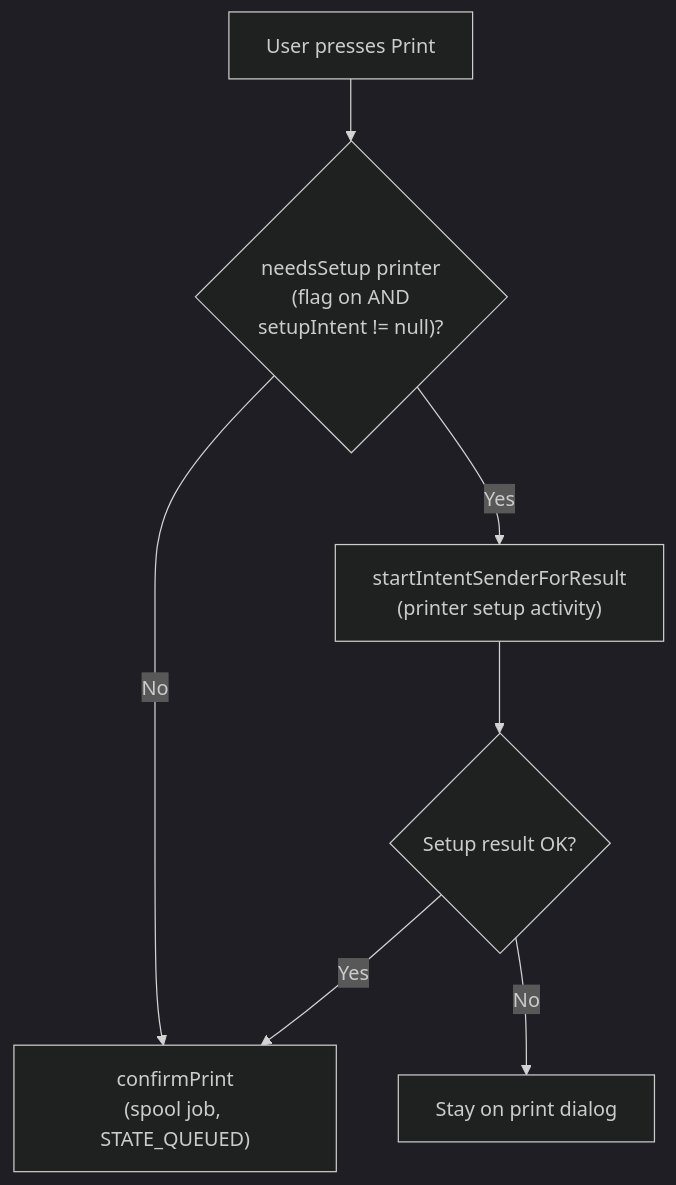
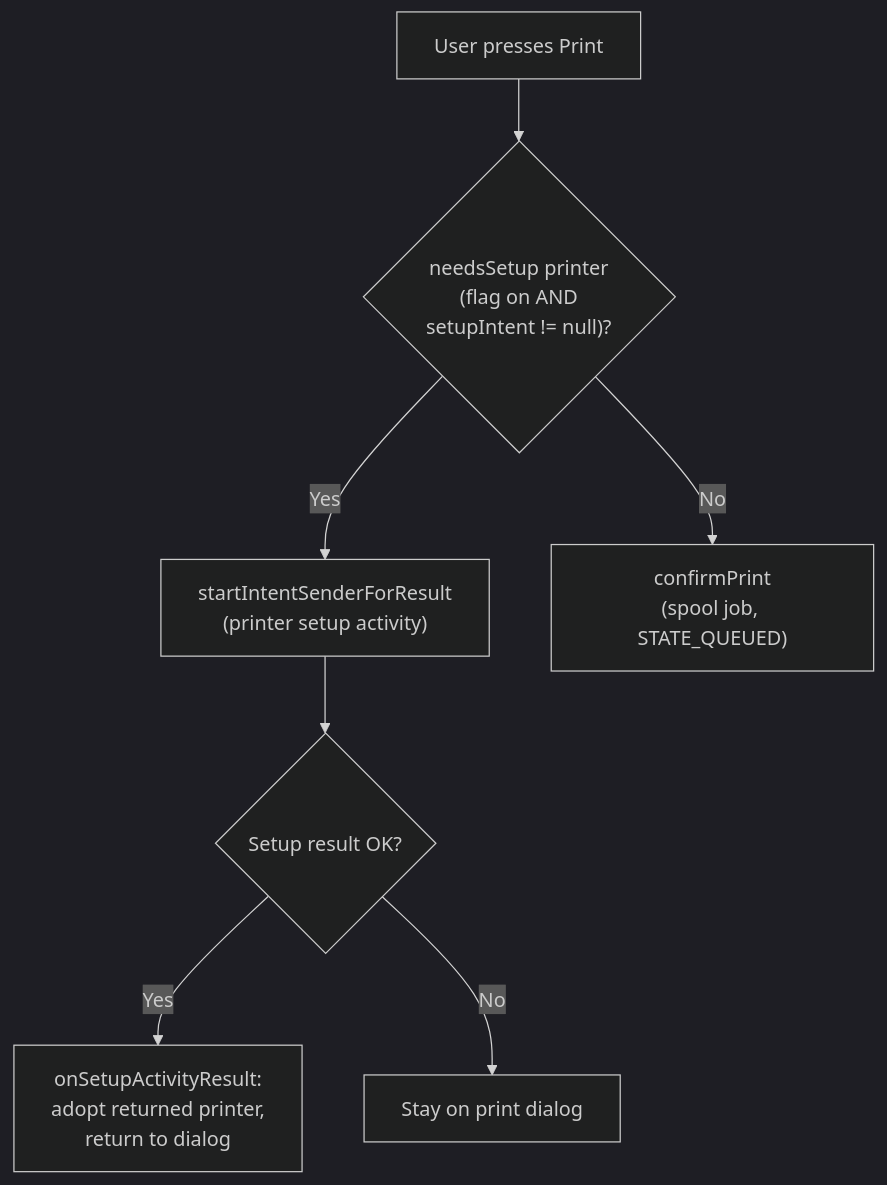
One commit to aospbooks/aosp-internal-book changed diagram 15 of 15 in agents/claude/skills/aosp-device-support/63-print-services.md. Above: the diagram before and after it, drawn with Mermaid (dark theme). The commit also changed other lines of this file and 218 other files, not shown here.

````diff
--- a/agents/claude/skills/aosp-device-support/63-print-services.md
+++ b/agents/claude/skills/aosp-device-support/63-print-services.md
@@ -1649,16 +1671,17 @@
 ```mermaid
 flowchart TB
     PRESS["User presses Print"]
     NEEDS{"needsSetup printer<br/>(flag on AND<br/>setupIntent != null)?"}
     LAUNCH["startIntentSenderForResult<br/>(printer setup activity)"]
     DONE{"Setup result OK?"}
+    UPDATE["onSetupActivityResult:<br/>adopt returned printer,<br/>return to dialog"]
     CONFIRM["confirmPrint<br/>(spool job, STATE_QUEUED)"]
     STAY["Stay on print dialog"]
 
     PRESS --> NEEDS
     NEEDS -->|"No"| CONFIRM
     NEEDS -->|"Yes"| LAUNCH
     LAUNCH --> DONE
-    DONE -->|"Yes"| CONFIRM
+    DONE -->|"Yes"| UPDATE
     DONE -->|"No"| STAY
 ```
````
